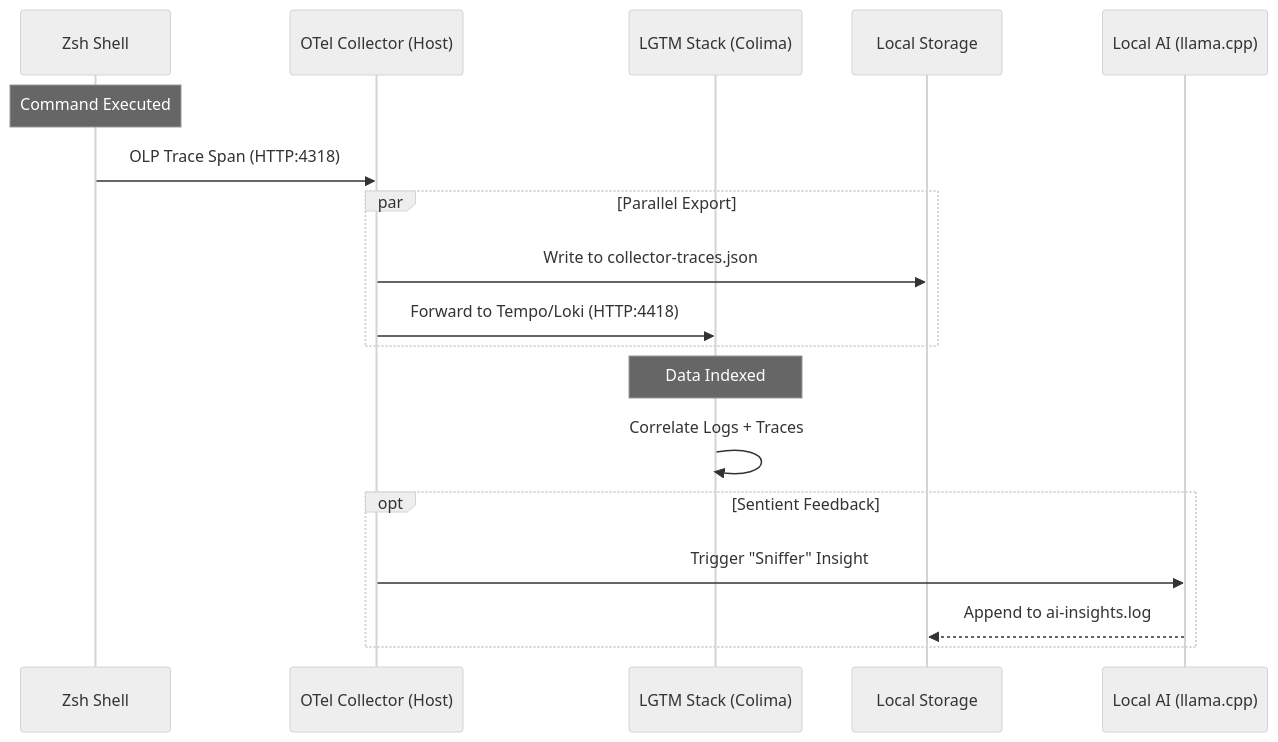
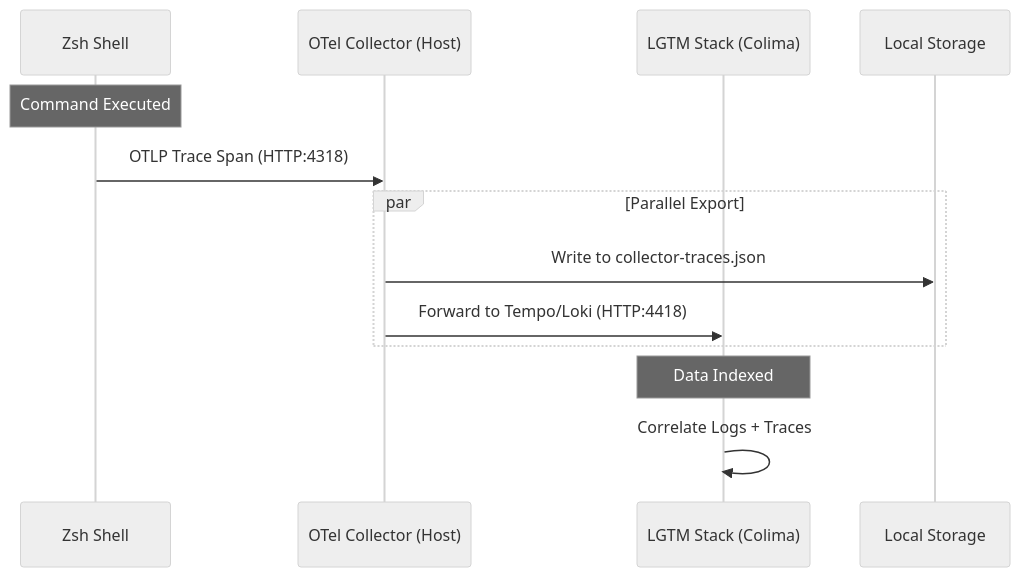
One commit to just3ws/zdots changed the second of 4 diagrams in README.md. Above: the diagram before and after it, drawn with Mermaid (neutral theme). The commit also changed other lines of this file and 3 other files, not shown here.

First line of the commit message:
docs(diagrams): fix accuracy across all Mermaid diagrams

````diff
--- a/README.md
+++ b/README.md
@@ -96,24 +100,18 @@
 ```mermaid
 sequenceDiagram
     participant Shell as Zsh Shell
     participant Collector as OTel Collector (Host)
     participant LGTM as LGTM Stack (Colima)
     participant Disk as Local Storage
-    participant AI as Local AI (llama.cpp)
 
     Note over Shell: Command Executed
-    Shell->>Collector: OLP Trace Span (HTTP:4318)
+    Shell->>Collector: OTLP Trace Span (HTTP:4318)
     
     par Parallel Export
         Collector->>Disk: Write to collector-traces.json
         Collector->>LGTM: Forward to Tempo/Loki (HTTP:4418)
     end
 
     Note over LGTM: Data Indexed
     LGTM->>LGTM: Correlate Logs + Traces
-    
-    opt Sentient Feedback
-        Collector->>AI: Trigger "Sniffer" Insight
-        AI-->>Disk: Append to ai-insights.log
-    end
 ```
````
